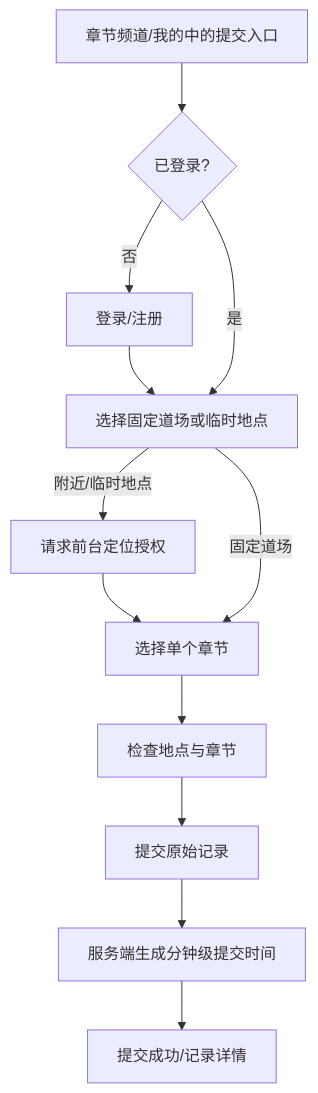
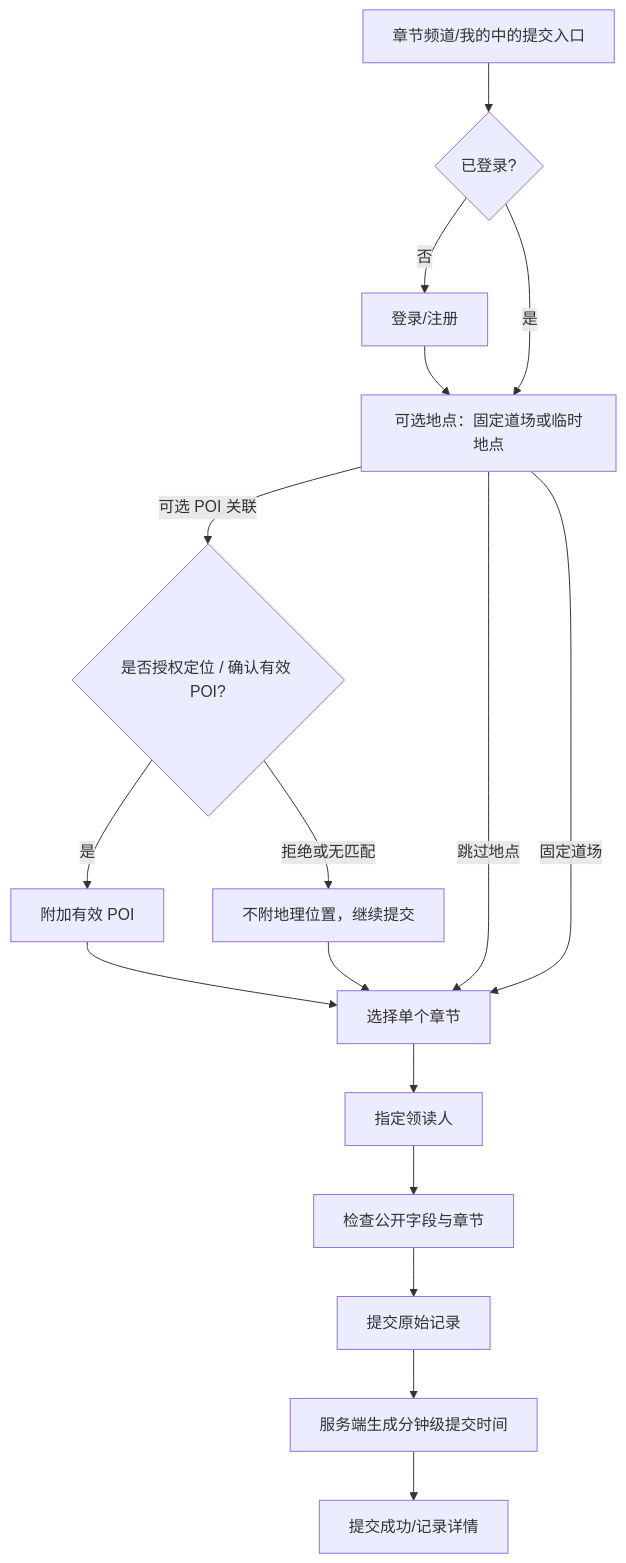
Before and after one commit to yipengmu/daodejing: the sixth of 6 diagrams in docs/product-page-flow-spec.md, drawn with Mermaid. The commit also changed other lines of this file and 14 other files, not shown here.

````diff
--- a/docs/product-page-flow-spec.md
+++ b/docs/product-page-flow-spec.md
@@ -216,14 +246,19 @@
 ```mermaid
 flowchart TD
   Entry[章节频道/我的中的提交入口] --> LoginCheck{已登录?}
   LoginCheck -->|否| Auth[登录/注册]
   Auth --> Place
-  LoginCheck -->|是| Place[选择固定道场或临时地点]
-  Place -->|附近/临时地点| Location[请求前台定位授权]
-  Location --> Chapter[选择单个章节]
+  LoginCheck -->|是| Place[可选地点：固定道场或临时地点]
+  Place -->|可选 POI 关联| Location{是否授权定位 / 确认有效 POI?}
+  Location -->|是| WithPoi[附加有效 POI]
+  Location -->|拒绝或无匹配| NoPoi[不附地理位置，继续提交]
+  WithPoi --> Chapter[选择单个章节]
+  NoPoi --> Chapter
+  Place -->|跳过地点| Chapter
   Place -->|固定道场| Chapter
-  Chapter --> Confirm[检查地点与章节]
+  Chapter --> Lead[指定领读人]
+  Lead --> Confirm[检查公开字段与章节]
   Confirm --> Save[提交原始记录]
   Save --> Timestamp[服务端生成分钟级提交时间]
   Timestamp --> Success[提交成功/记录详情]
 ```
````
